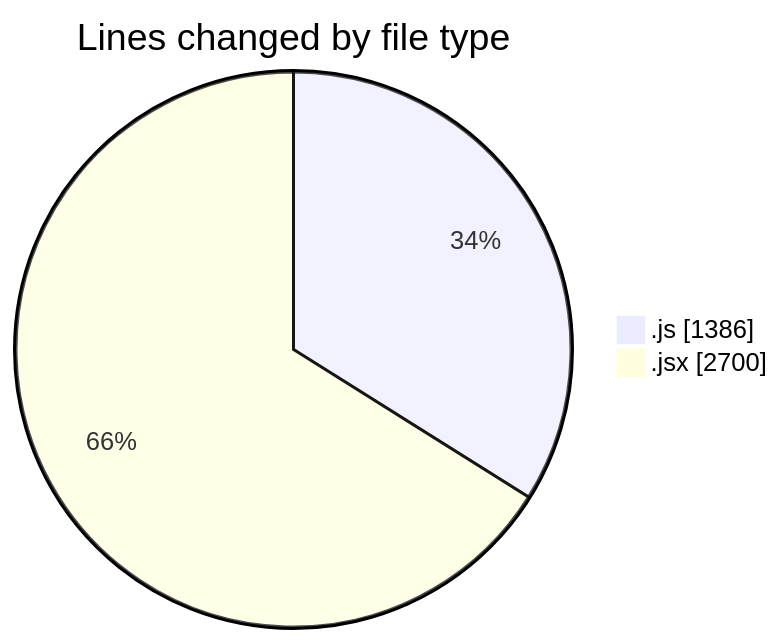
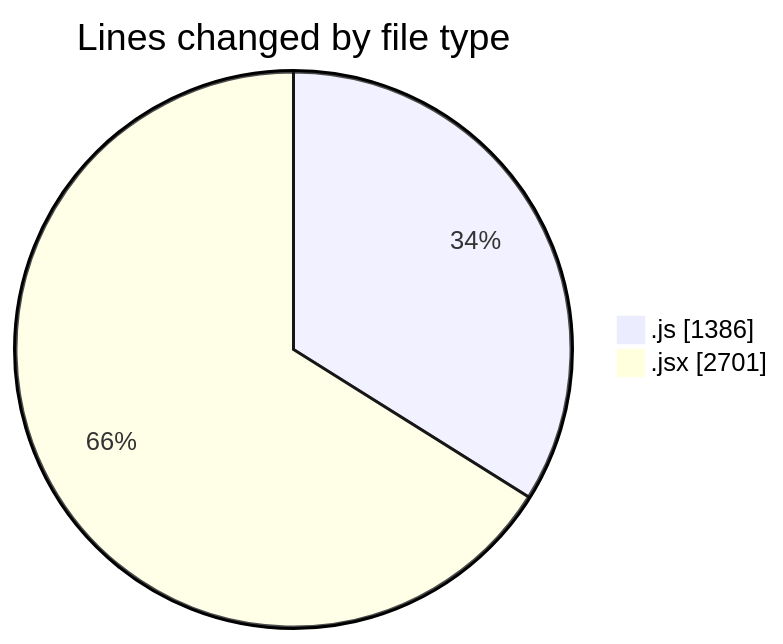
One commit to nxtqubesakshisongat/code-tracking changed the first of 2 diagrams in 2025-07-29/nxtqube_webapp/README.md. Above: the diagram before and after it, drawn with Mermaid. The commit also changed other lines of this file and 1 other file, not shown here.

````diff
--- a/2025-07-29/nxtqube_webapp/README.md
+++ b/2025-07-29/nxtqube_webapp/README.md
@@ -31,6 +31,6 @@
 ```mermaid
 pie showData
 title Lines changed by file type
 ".js" : 1386
-".jsx" : 2700
+".jsx" : 2701
 ```
````
